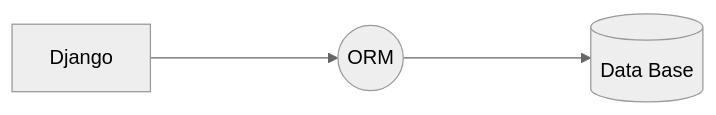
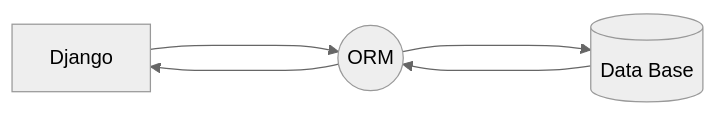
Before and after one commit to hugoReborn/my_notes: the ninth of 10 diagrams in django_restframework_course.md, drawn with Mermaid (neutral theme). The commit also changed other lines of this file, not shown here.

Commit message:
Changes to be committed: 	modified:   django_restframework_course.md

````diff
--- a/django_restframework_course.md
+++ b/django_restframework_course.md
@@ -356,4 +356,5 @@
 ```mermaid
 flowchart LR
 A[Django] ----> C((ORM)) ----> D[(Data Base)]
+D[(Data Base)] ----> C((ORM)) ----> A[Django]
 ```
````
